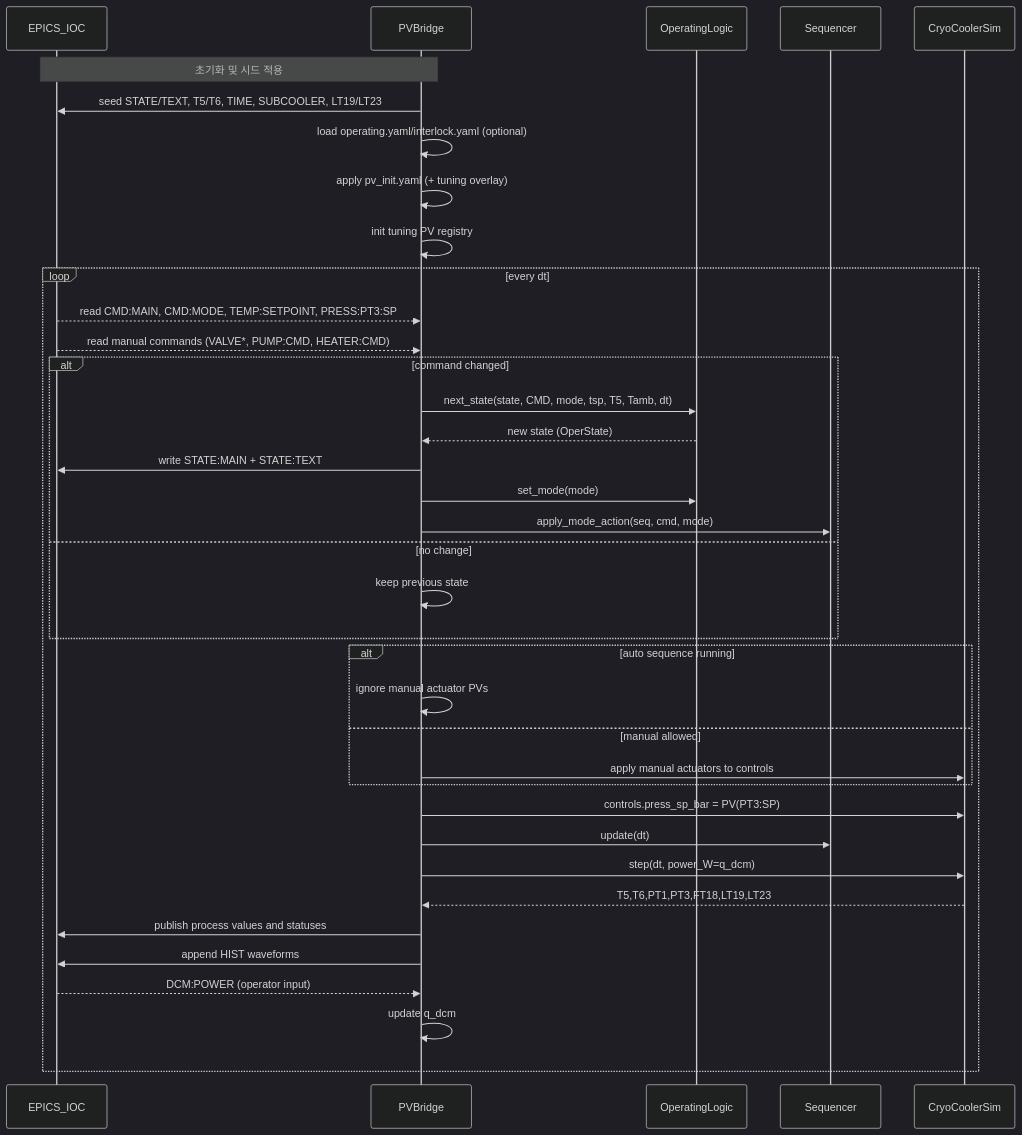
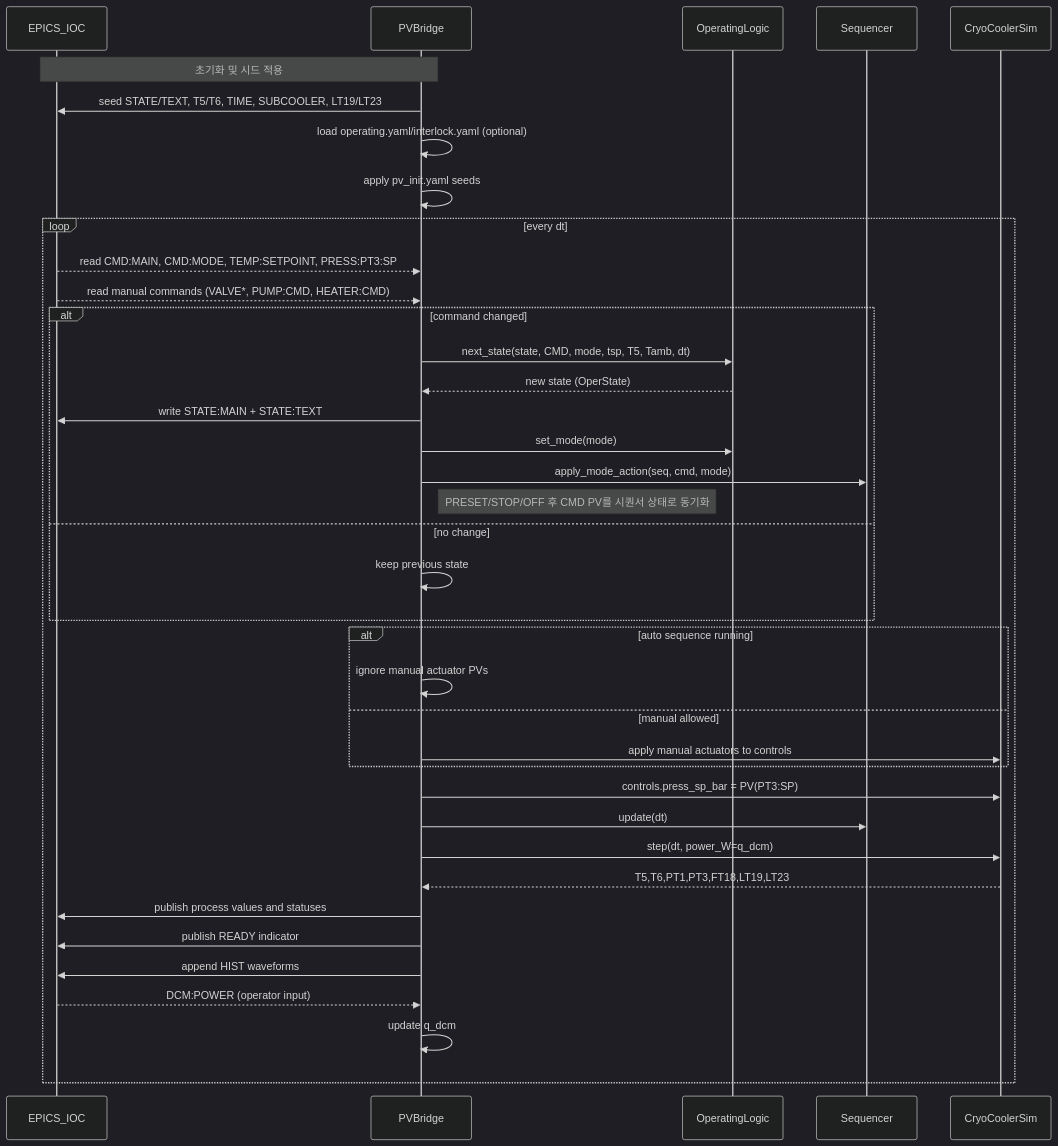
Before and after one commit to verysys-pal/DCM_CCV2: the diagram in docs/mermaid/pv_bridge_overview_seq.mmd, drawn with Mermaid (dark theme). The commit also changed 15 other files, not shown here.

```diff
--- a/docs/mermaid/pv_bridge_overview_seq.mmd
+++ b/docs/mermaid/pv_bridge_overview_seq.mmd
@@ -1,45 +1,46 @@
-%% PV Bridge — Runtime sequence (separate file)
+%% PV Bridge — 런타임 시퀀스 (별도 파일)
 
 sequenceDiagram
     participant IOC as EPICS_IOC
     participant BR as PVBridge
     participant OP as OperatingLogic
     participant SEQ as Sequencer
     participant SIM as CryoCoolerSim
 
     Note over BR,IOC: 초기화 및 시드 적용
     BR->>IOC: seed STATE/TEXT, T5/T6, TIME, SUBCOOLER, LT19/LT23
     BR->>BR: load operating.yaml/interlock.yaml (optional)
-    BR->>BR: apply pv_init.yaml (+ tuning overlay)
-    BR->>BR: init tuning PV registry
+    BR->>BR: apply pv_init.yaml seeds
 
     loop every dt
         IOC-->>BR: read CMD:MAIN, CMD:MODE, TEMP:SETPOINT, PRESS:PT3:SP
         IOC-->>BR: read manual commands (VALVE*, PUMP:CMD, HEATER:CMD)
         alt command changed
             BR->>OP: next_state(state, CMD, mode, tsp, T5, Tamb, dt)
             OP-->>BR: new state (OperState)
             BR->>IOC: write STATE:MAIN + STATE:TEXT
             BR->>OP: set_mode(mode)
             BR->>SEQ: apply_mode_action(seq, cmd, mode)
+            Note right of BR: PRESET/STOP/OFF 후 CMD PV를 시퀀서 상태로 동기화
         else no change
             BR->>BR: keep previous state
         end
 
         alt auto sequence running
             BR->>BR: ignore manual actuator PVs
         else manual allowed
             BR->>SIM: apply manual actuators to controls
         end
 
         BR->>SIM: controls.press_sp_bar = PV(PT3:SP)
         BR->>SEQ: update(dt)
         BR->>SIM: step(dt, power_W=q_dcm)
         SIM-->>BR: T5,T6,PT1,PT3,FT18,LT19,LT23
         BR->>IOC: publish process values and statuses
+        BR->>IOC: publish READY indicator
         BR->>IOC: append HIST waveforms
         IOC-->>BR: DCM:POWER (operator input)
         BR->>BR: update q_dcm
     end
 
-%% See also: data_flow.mmd
+%% data_flow.mmd 참고
```
